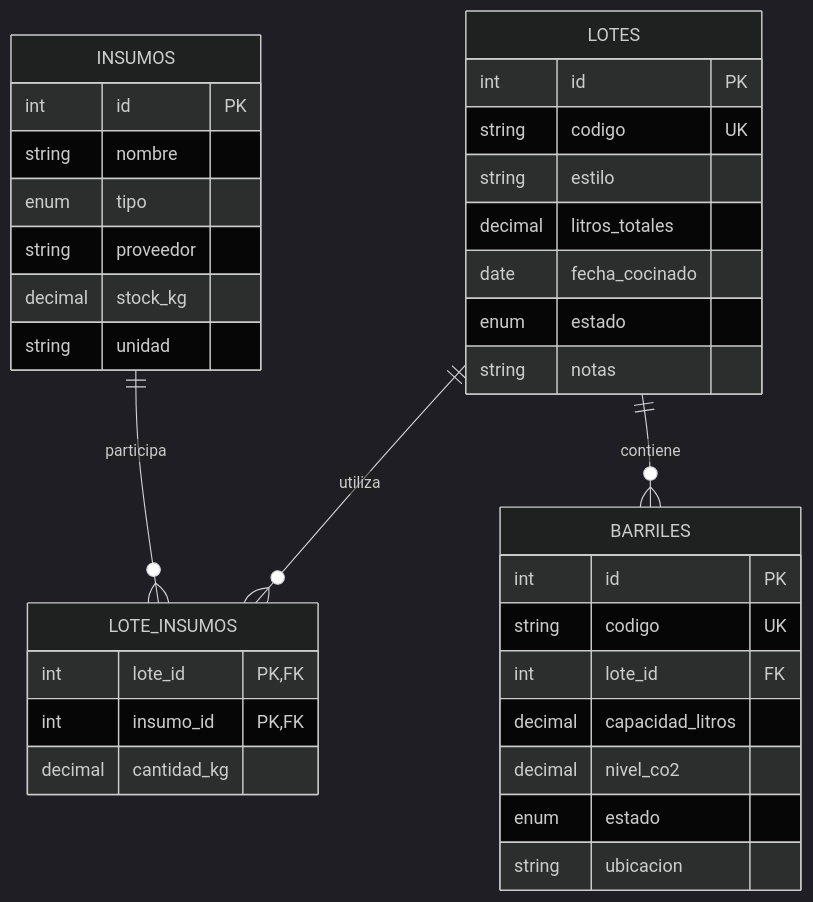
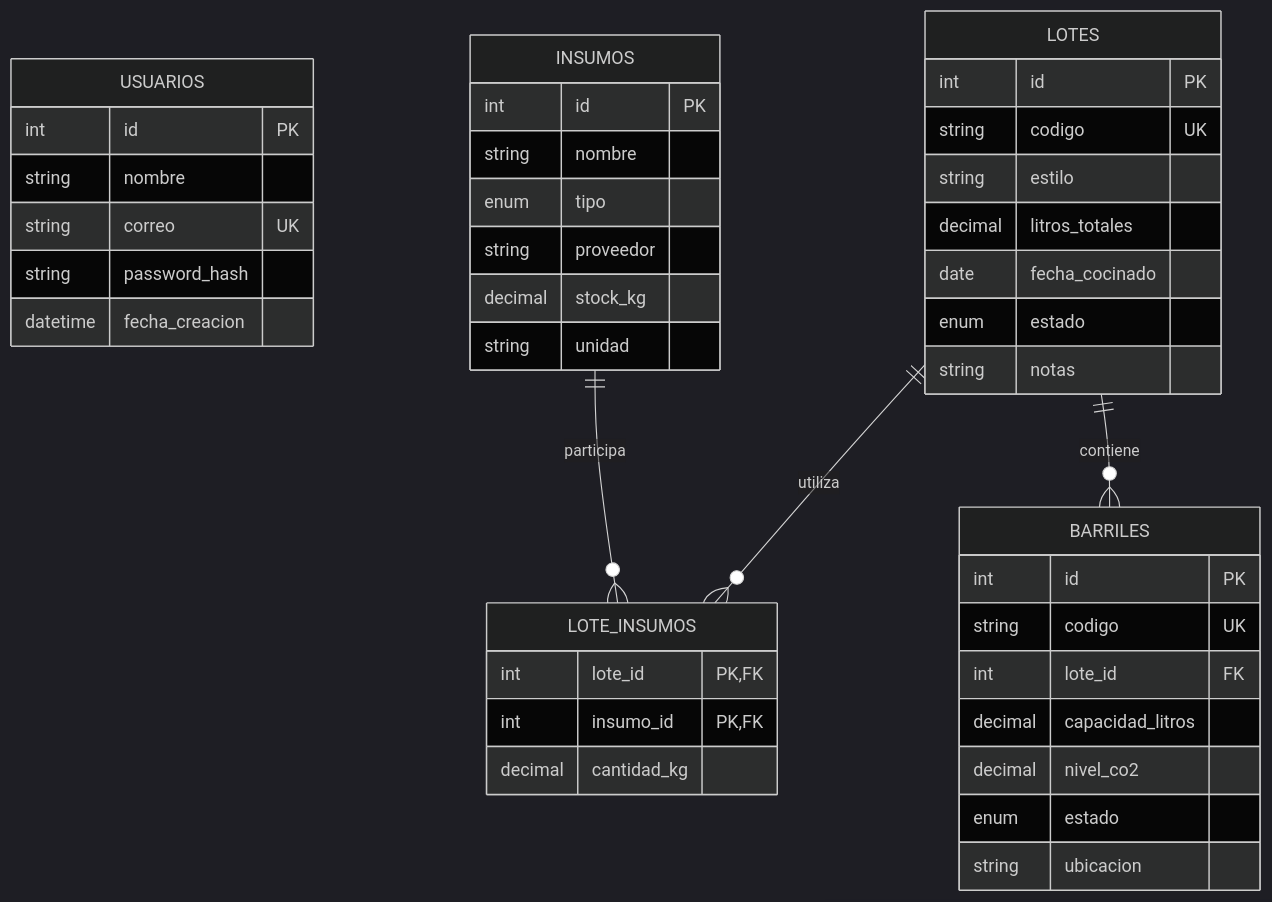
One commit to Alexx-Aguilar/BrewMaster changed the diagram in docs/02-modelo-datos.md. Above: the diagram before and after it, drawn with Mermaid (dark theme). The commit also changed other lines of this file and 14 other files, not shown here.

````diff
--- a/docs/02-modelo-datos.md
+++ b/docs/02-modelo-datos.md
@@ -3,37 +3,44 @@
 ```mermaid
 erDiagram
+    USUARIOS {
+        int id PK
+        string nombre
+        string correo UK
+        string password_hash
+        datetime fecha_creacion
+    }
     INSUMOS {
         int id PK
         string nombre
         enum tipo
         string proveedor
         decimal stock_kg
         string unidad
     }
     LOTES {
         int id PK
         string codigo UK
         string estilo
         decimal litros_totales
         date fecha_cocinado
         enum estado
         string notas
     }
     LOTE_INSUMOS {
         int lote_id PK, FK
         int insumo_id PK, FK
         decimal cantidad_kg
     }
     BARRILES {
         int id PK
         string codigo UK
         int lote_id FK
         decimal capacidad_litros
         decimal nivel_co2
         enum estado
         string ubicacion
     }
     LOTES ||--o{ BARRILES : contiene
     LOTES ||--o{ LOTE_INSUMOS : utiliza
     INSUMOS ||--o{ LOTE_INSUMOS : participa
 ```
````
